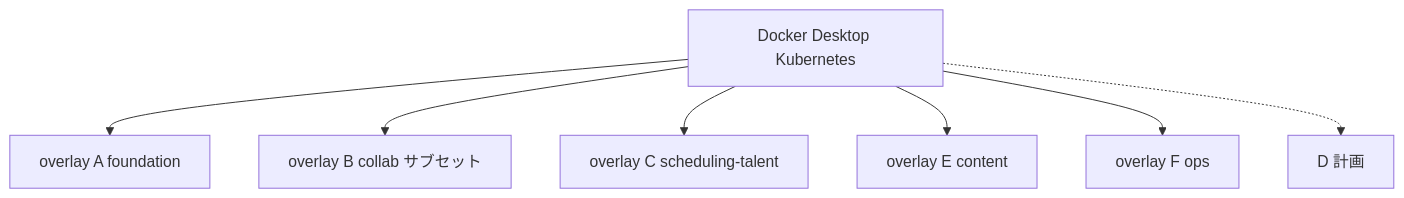
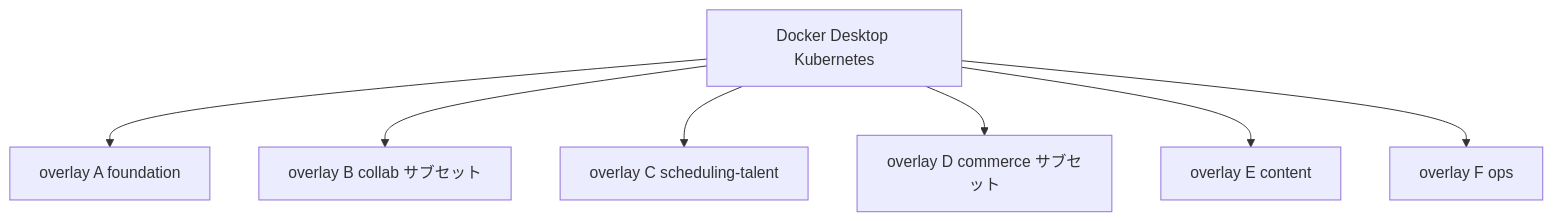
One commit to maeplego/portfolio-plan changed the third of 4 diagrams in portfolio-plan/cloud-platform/docs/06-diagrams.md. Above: the diagram before and after it, drawn with Mermaid. The commit also changed 15 other files, not shown here.

First line of the commit message:
docs: record overlay D commerce subset in integration demo and P06/P02 docs

````diff
--- a/portfolio-plan/cloud-platform/docs/06-diagrams.md
+++ b/portfolio-plan/cloud-platform/docs/06-diagrams.md
@@ -52,10 +52,10 @@
 ```mermaid
 flowchart TB
   DD[Docker Desktop Kubernetes]
   DD --> A[overlay A foundation]
   DD --> B[overlay B collab サブセット]
   DD --> C[overlay C scheduling-talent]
+  DD --> D[overlay D commerce サブセット]
   DD --> E[overlay E content]
   DD --> F[overlay F ops]
-  DD -.-> D[D 計画]
 ```
````
